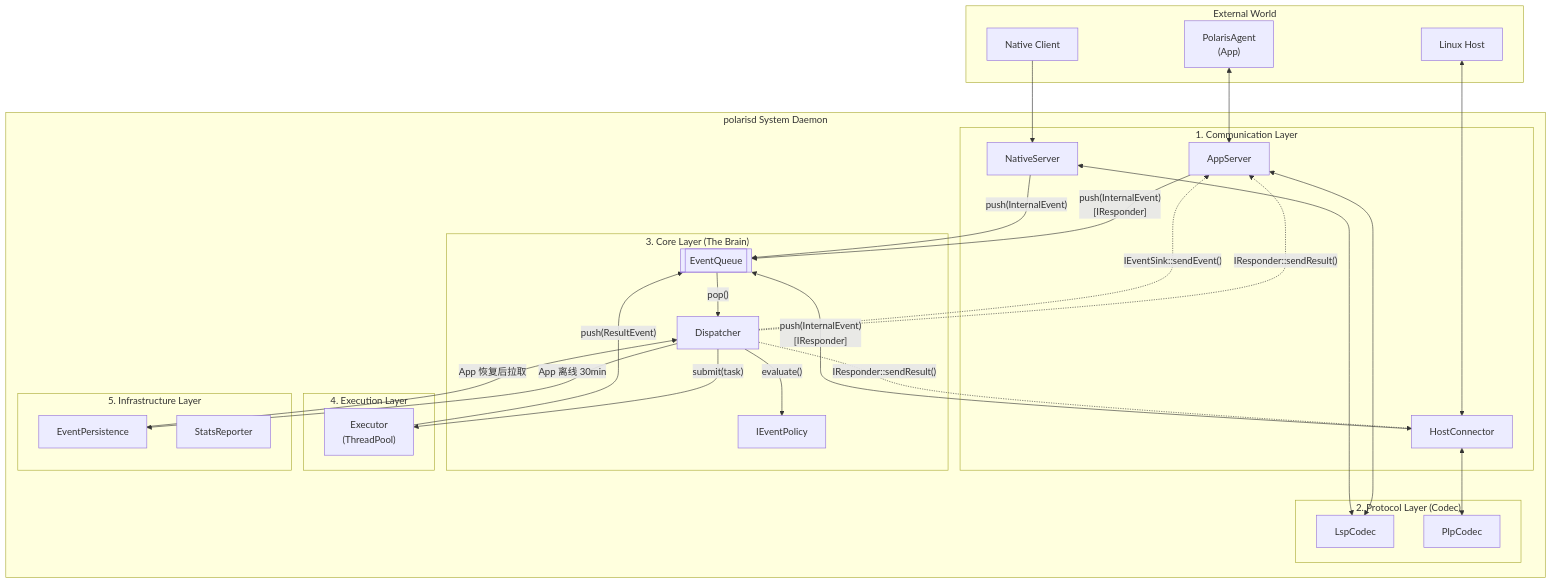
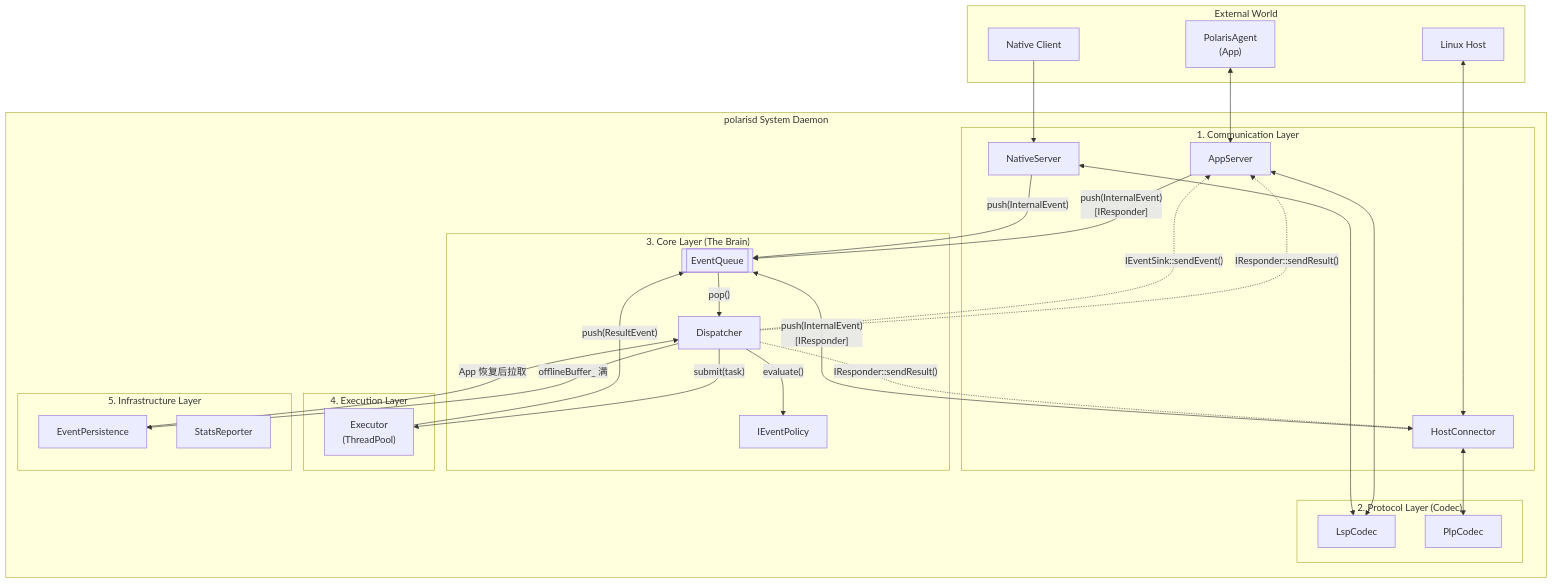
The first of 13 diagrams in content/others/polarisd软件架构设计.md (Ethen-Cao/ethenslab), drawn with Mermaid before and after one commit. The commit also changed other lines of this file, not shown here.

````diff
--- a/content/others/polarisd软件架构设计.md
+++ b/content/others/polarisd软件架构设计.md
@@ -71,68 +71,68 @@
 ```mermaid
 graph TB
     subgraph External["External World"]
         App["PolarisAgent<br/>(App)"]
         Native["Native Client"]
         Host["Linux Host"]
     end
 
     subgraph Daemon["polarisd System Daemon"]
 
         subgraph Comm["1. Communication Layer"]
             AppSrv["AppServer"]
             NativeSrv["NativeServer"]
             HostConn["HostConnector"]
         end
 
         subgraph Codec["2. Protocol Layer (Codec)"]
             LspCodec["LspCodec"]
             PlpCodec["PlpCodec"]
         end
 
         subgraph Core["3. Core Layer (The Brain)"]
             Queue[["EventQueue"]]
             Dispatcher["Dispatcher"]
             Policy["IEventPolicy"]
         end
 
         subgraph Exec["4. Execution Layer"]
             Executor["Executor<br/>(ThreadPool)"]
         end
 
         subgraph Infra["5. Infrastructure Layer"]
             Persist["EventPersistence"]
             Stats["StatsReporter"]
         end
     end
 
     %% External connections
     App <--> AppSrv
     Native --> NativeSrv
     Host <--> HostConn
 
     %% Ingress: Comm → Codec → Comm → Queue
     AppSrv <--> LspCodec
     NativeSrv <--> LspCodec
     HostConn <--> PlpCodec
 
     AppSrv -- "push(InternalEvent)<br/>[IResponder]" --> Queue
     NativeSrv -- "push(InternalEvent)" --> Queue
     HostConn -- "push(InternalEvent)<br/>[IResponder]" --> Queue
 
     %% Core processing
     Queue -- "pop()" --> Dispatcher
     Dispatcher -- "evaluate()" --> Policy
 
     %% Execution (commands + event enrichment)
     Dispatcher -- "submit(task)" --> Executor
     Executor -- "push(ResultEvent)" --> Queue
 
     %% Egress: Dispatcher → Session via interfaces
     Dispatcher -. "IResponder::sendResult()" .-> AppSrv
     Dispatcher -. "IResponder::sendResult()" .-> HostConn
     Dispatcher -. "IEventSink::sendEvent()" .-> AppSrv
 
     %% Infrastructure
-    Dispatcher -- "App 离线 30min" --> Persist
+    Dispatcher -- "offlineBuffer_ 满" --> Persist
     Persist -- "App 恢复后拉取" --> Dispatcher
 ```
````
